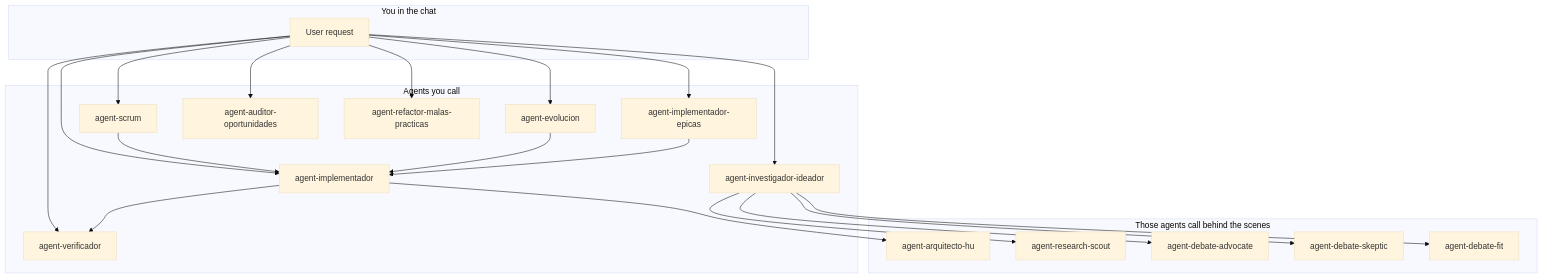
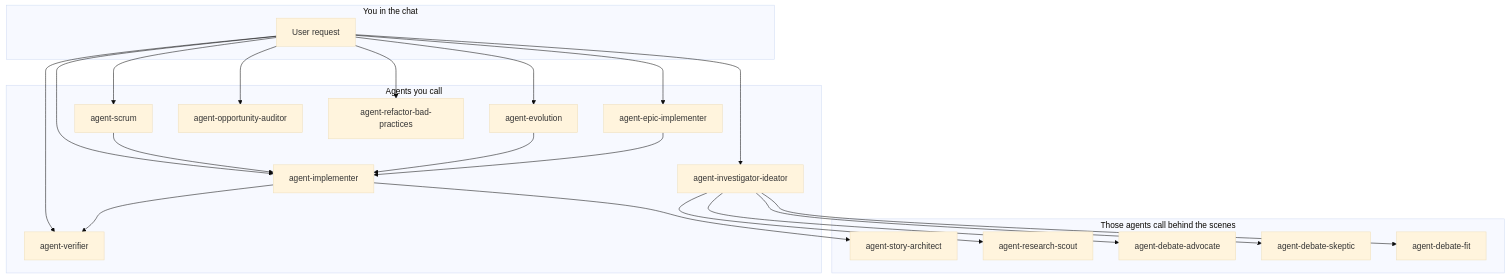
Before and after one commit to dguzmano96/scrum-dev-agents: the diagram in README.md, drawn with Mermaid (base theme). The commit also changed other lines of this file and 56 other files, not shown here.

````diff
--- a/README.md
+++ b/README.md
@@ -110,33 +110,33 @@
 ```mermaid
 flowchart TB
     subgraph tu["You in the chat"]
         U[User request]
     end
 
     subgraph llamas["Agents you call"]
         scrum[agent-scrum]
-        evo[agent-evolucion]
-        ide[agent-investigador-ideador]
-        impl[agent-implementador]
-        epi[agent-implementador-epicas]
-        ver[agent-verificador]
-        aud[agent-auditor-oportunidades]
-        ref[agent-refactor-malas-practicas]
+        evo[agent-evolution]
+        ide[agent-investigator-ideator]
+        impl[agent-implementer]
+        epi[agent-epic-implementer]
+        ver[agent-verifier]
+        aud[agent-opportunity-auditor]
+        ref[agent-refactor-bad-practices]
     end
 
     subgraph detras["Those agents call behind the scenes"]
-        arq[agent-arquitecto-hu]
+        arq[agent-story-architect]
         scout[agent-research-scout]
         adv[agent-debate-advocate]
         ske[agent-debate-skeptic]
         fit[agent-debate-fit]
     end
 
     U --> scrum & evo & ide & impl & epi & ver & aud & ref
     scrum --> impl
     evo --> impl
     ide --> scout & adv & ske & fit
     epi --> impl
     impl --> arq
     impl --> ver
 ```
````
